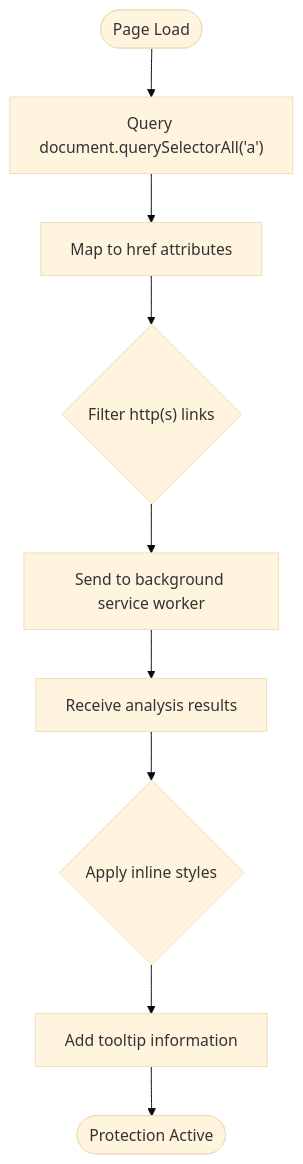
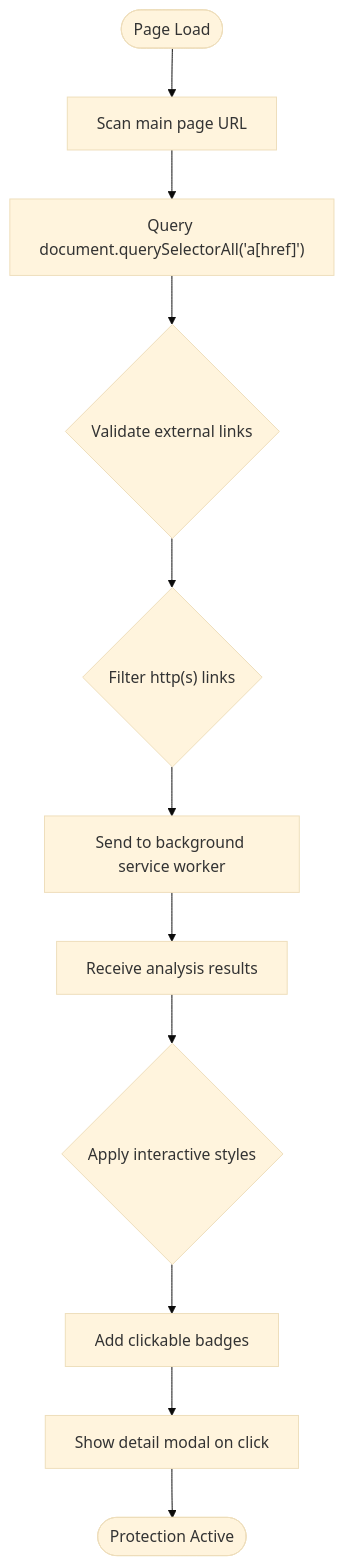
The third of 8 diagrams in .qoder/repowiki/en/content/Threat Detection Engine.md (Aymanaahh/scrollguard-ai), drawn with Mermaid (base theme) before and after one commit. The commit also changed other lines of this file and 34 other files, not shown here.

````diff
--- a/.qoder/repowiki/en/content/Threat Detection Engine.md
+++ b/.qoder/repowiki/en/content/Threat Detection Engine.md
@@ -154,11 +161,13 @@
 ```mermaid
 flowchart TD
-Start(["Page Load"]) --> QueryDOM["Query document.querySelectorAll('a')"]
-QueryDOM --> MapHrefs["Map to href attributes"]
-MapHrefs --> FilterHTTP{"Filter http(s) links"}
+Start(["Page Load"]) --> ScanMain["Scan main page URL"]
+ScanMain --> QueryDOM["Query document.querySelectorAll('a[href]')"]
+QueryDOM --> Validate{"Validate external links"}
+Validate --> FilterHTTP{"Filter http(s) links"}
 FilterHTTP --> SendMsg["Send to background service worker"]
 SendMsg --> ReceiveResults["Receive analysis results"]
-ReceiveResults --> ApplyStyles{"Apply inline styles"}
-ApplyStyles --> AddTooltips["Add tooltip information"]
-AddTooltips --> End(["Protection Active"])
+ReceiveResults --> ApplyStyles{"Apply interactive styles"}
+ApplyStyles --> AddBadges["Add clickable badges"]
+AddBadges --> ShowModal["Show detail modal on click"]
+ShowModal --> End(["Protection Active"])
 ```
````
